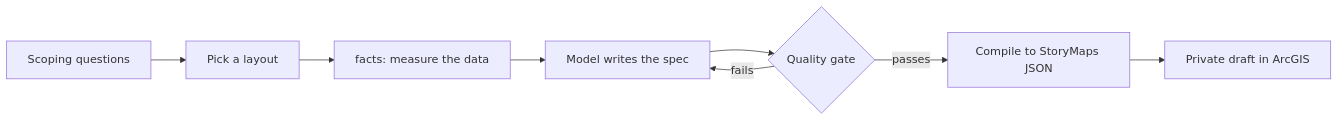
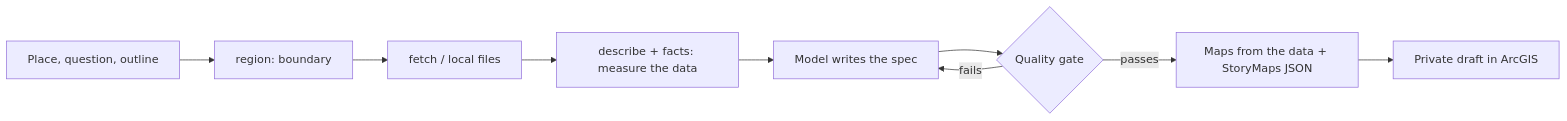
The diagram in docs/concepts.md (hazelxue/storymap-gen), drawn with Mermaid before and after one commit. The commit also changed other lines of this file and 9 other files, not shown here.

First line of the commit message:
Docs: any-place workflow, data sources, claim reference, MCP, security audit

````diff
--- a/docs/concepts.md
+++ b/docs/concepts.md
@@ -26,10 +28,11 @@
 ```mermaid
 flowchart LR
-    A[Scoping questions] --> B[Pick a layout]
-    B --> C["facts: measure the data"]
-    C --> D[Model writes the spec]
-    D --> E{Quality gate}
-    E -- fails --> D
-    E -- passes --> F[Compile to StoryMaps JSON]
-    F --> G[Private draft in ArcGIS]
+    A["Place, question, outline"] --> B["region: boundary"]
+    B --> C["fetch / local files"]
+    C --> D["describe + facts: measure the data"]
+    D --> E[Model writes the spec]
+    E --> F{Quality gate}
+    F -- fails --> E
+    F -- passes --> G["Maps from the data + StoryMaps JSON"]
+    G --> H[Private draft in ArcGIS]
 ```
````
